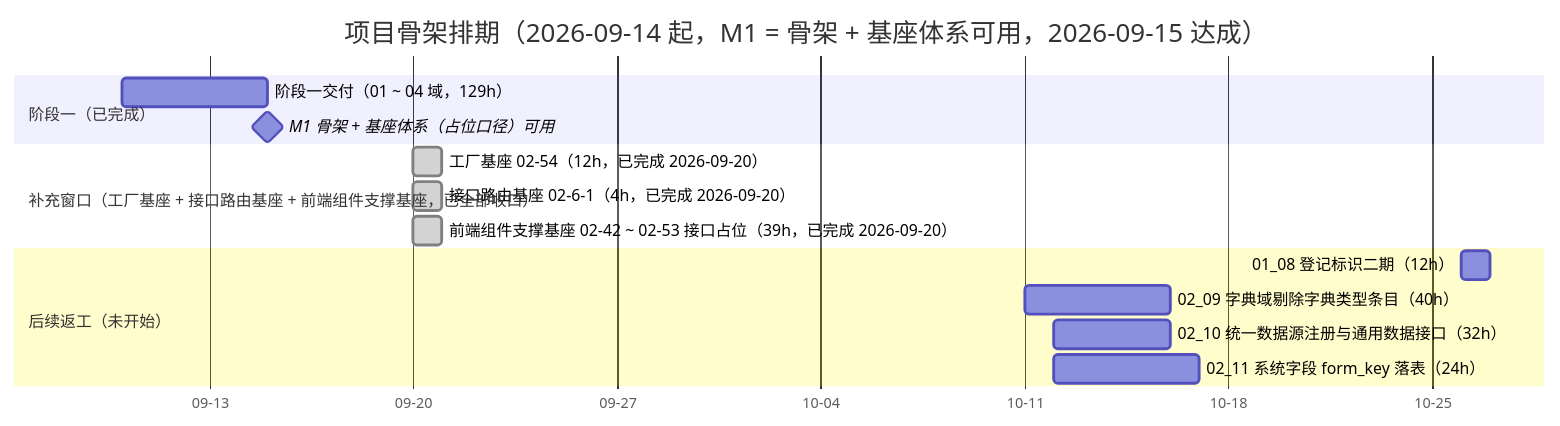
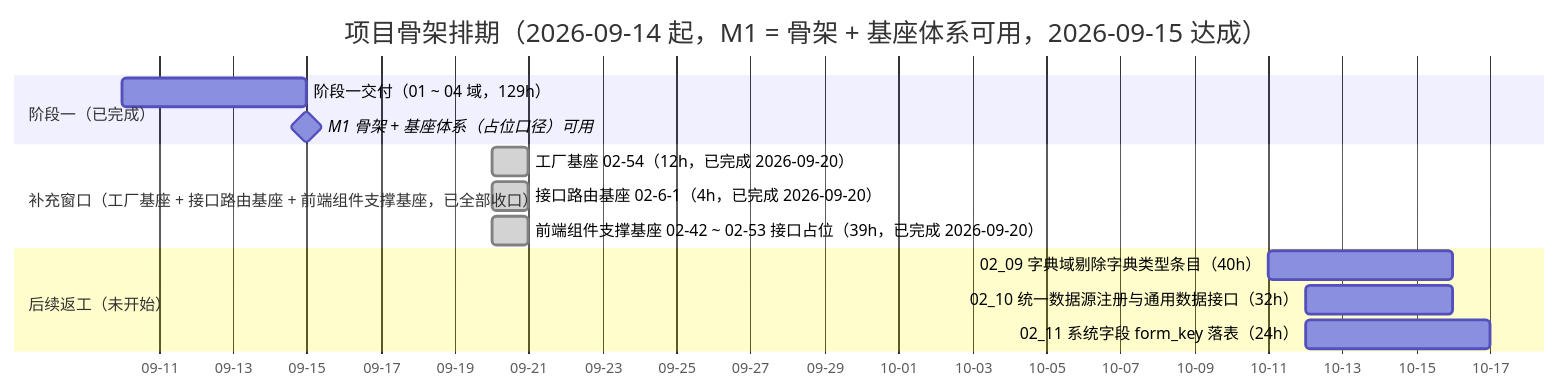
Before and after one commit to minjian123/basic-management-system: the diagram in bms文档/项目/01_项目骨架/计划/01_计划_项目骨架.md, drawn with Mermaid. The commit also changed other lines of this file and 51 other files, not shown here.

Commit message:
refactor(01-8): 控件语义键与业务动作码/自建图标码形态收口

````diff
--- a/bms文档/项目/01_项目骨架/计划/01_计划_项目骨架.md
+++ b/bms文档/项目/01_项目骨架/计划/01_计划_项目骨架.md
@@ -150,18 +150,17 @@
 ```mermaid
 gantt
     title 项目骨架排期（2026-09-14 起，M1 = 骨架 + 基座体系可用，2026-09-15 达成）
     dateFormat  YYYY-MM-DD
     axisFormat %m-%d
     section 阶段一（已完成）
     阶段一交付（01 ~ 04 域，129h） :done1, 2026-09-10, 2026-09-15
     M1 骨架 + 基座体系（占位口径）可用 :milestone, m1, 2026-09-15, 0d
     section 补充窗口（工厂基座 + 接口路由基座 + 前端组件支撑基座，已全部收口）
     工厂基座 02-54（12h，已完成 2026-09-20） :done, fac, 2026-09-20, 1d
     接口路由基座 02-6-1（4h，已完成 2026-09-20） :done, route, 2026-09-20, 1d
     前端组件支撑基座 02-42 ~ 02-53 接口占位（39h，已完成 2026-09-20） :done, supp, 2026-09-20, 1d
     section 后续返工（未开始）
-    01_08 登记标识二期（12h） :d0108, 2026-10-26, 2026-10-27
     02_09 字典域剔除字典类型条目（40h） :d09, 2026-10-11, 2026-10-16
     02_10 统一数据源注册与通用数据接口（32h） :d10, 2026-10-12, 2026-10-16
     02_11 系统字段 form_key 落表（24h） :d11, 2026-10-12, 2026-10-17
 ```
````
